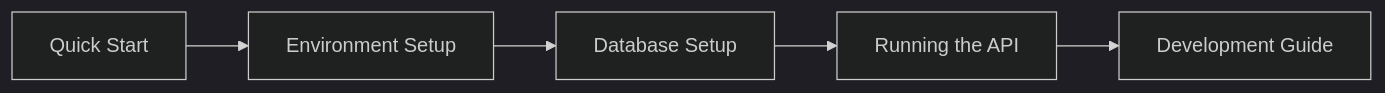
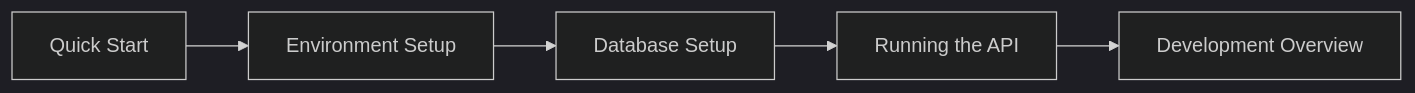
One commit to mathieusouflis/HETIC-projet-cinema changed the first of 3 diagrams in apps/documentation/api-documentation/guides/README.md. Above: the diagram before and after it, drawn with Mermaid (dark theme). The commit also changed other lines of this file and 34 other files, not shown here.

````diff
--- a/apps/documentation/api-documentation/guides/README.md
+++ b/apps/documentation/api-documentation/guides/README.md
@@ -54,7 +58,4 @@
 ```mermaid
 graph LR
-    A[Quick Start] --> B[Environment Setup]
-    B --> C[Database Setup]
-    C --> D[Running the API]
-    D --> E[Development Guide]
+    A[Quick Start] --> B[Environment Setup] --> C[Database Setup] --> D[Running the API] --> E[Development Overview]
 ```
````
